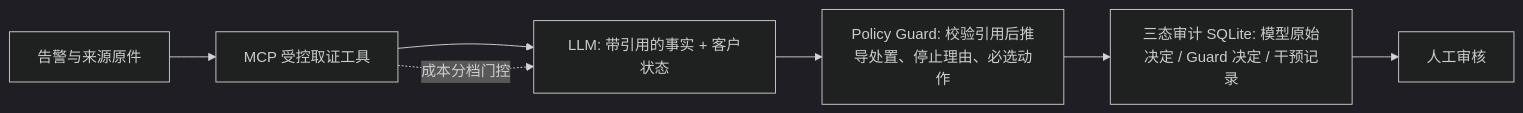
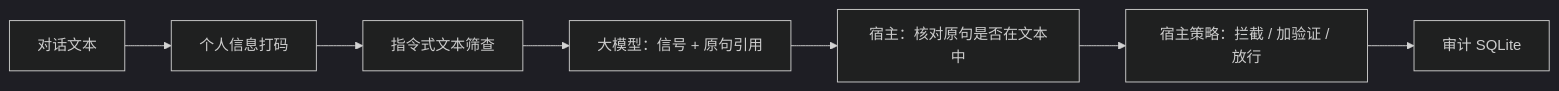
The diagram in README.md (wwc76934-cyber/riskcase-agent), drawn with Mermaid (dark theme) before and after one commit. The commit also changed other lines of this file and 54 other files, not shown here.

````diff
--- a/README.md
+++ b/README.md
@@ -20,9 +19,9 @@
 ```mermaid
 flowchart LR
-  A[告警与来源原件] --> B[MCP 受控取证工具]
-  B --> C[LLM: 带引用的事实 + 客户状态]
-  C --> D[Policy Guard: 校验引用后推导处置、停止理由、必选动作]
-  D --> E[三态审计 SQLite: 模型原始决定 / Guard 决定 / 干预记录]
-  E --> F[人工审核]
-  B -.成本分档门控.-> C
+  A[对话文本] --> B[个人信息打码]
+  B --> C[指令式文本筛查]
+  C --> D[大模型：信号 + 原句引用]
+  D --> E[宿主：核对原句是否在文本中]
+  E --> F[宿主策略：拦截 / 加验证 / 放行]
+  F --> G[审计 SQLite]
 ```
````
